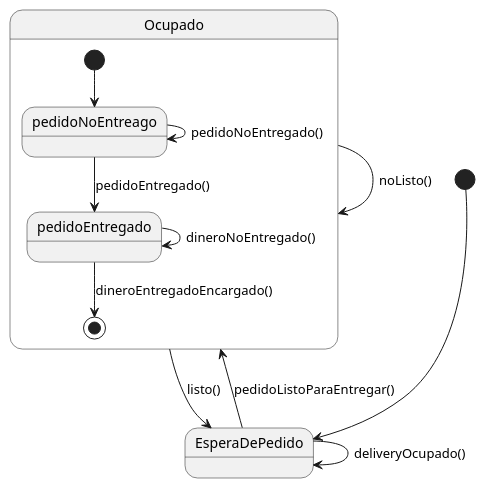
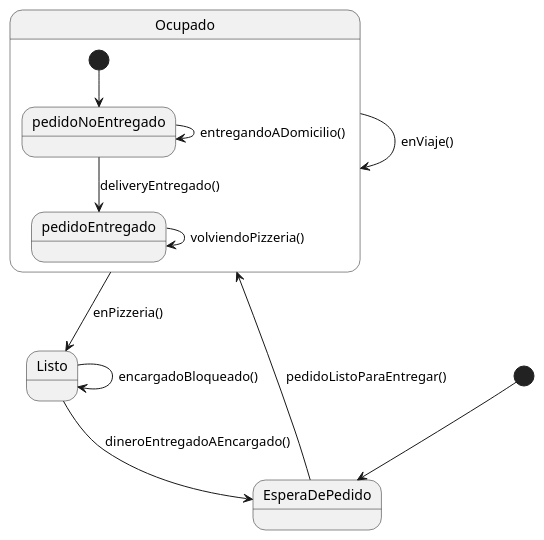
The diagram in Delivery/UML/delivery.puml (franciscolmos/PC-Ejercicios), drawn with PlantUML before and after one commit. The commit also changed 4 other files, not shown here.

Commit message:
actualizaciones en los diagramas de estados

```diff
--- a/Delivery/UML/delivery.puml
+++ b/Delivery/UML/delivery.puml
@@ -1,15 +1,14 @@
 @startuml Delivery
     state Ocupado {
-        [*] --> pedidoNoEntreago
-        pedidoNoEntreago --> pedidoNoEntreago : pedidoNoEntregado()
-        pedidoNoEntreago --> pedidoEntregado : pedidoEntregado()
-        pedidoEntregado --> pedidoEntregado : dineroNoEntregado()
-        pedidoEntregado  --> [*] : dineroEntregadoEncargado()
-
+        [*] --> pedidoNoEntregado
+        pedidoNoEntregado --> pedidoNoEntregado : entregandoADomicilio()
+        pedidoNoEntregado --> pedidoEntregado : deliveryEntregado()
+        pedidoEntregado --> pedidoEntregado : volviendoPizzeria()
     }
     [*] --> EsperaDePedido
-    EsperaDePedido --> EsperaDePedido : deliveryOcupado()
     EsperaDePedido --> Ocupado : pedidoListoParaEntregar()
-    Ocupado --> EsperaDePedido: listo()
-    Ocupado --> Ocupado : noListo()
+    Ocupado --> Ocupado : enViaje()
+    Ocupado --> Listo : enPizzeria()
+    Listo --> Listo : encargadoBloqueado()
+    Listo --> EsperaDePedido : dineroEntregadoAEncargado()
 @enduml
```
